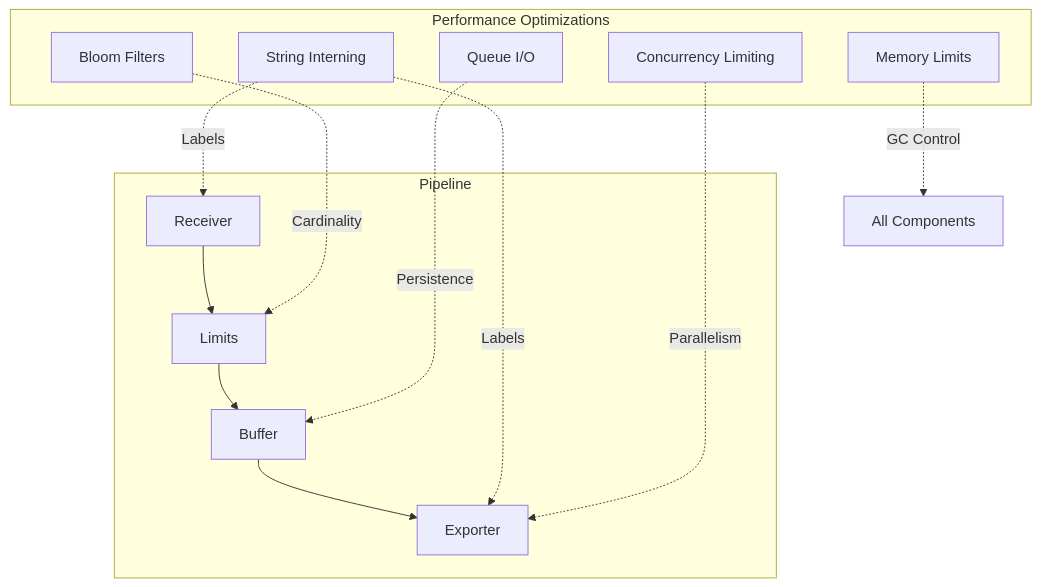
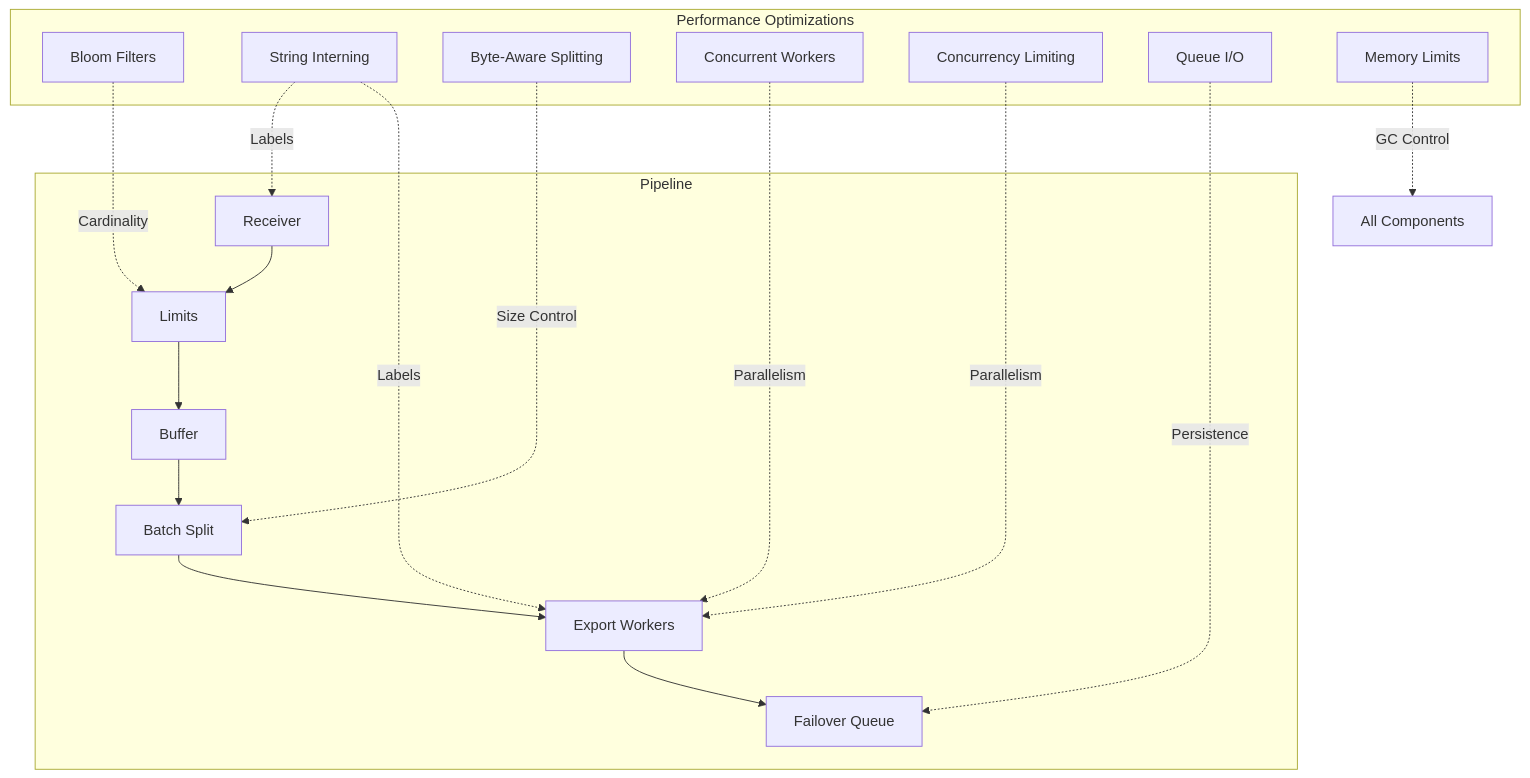
The first of 10 diagrams in docs/performance.md (szibis/metrics-governor), drawn with Mermaid before and after one commit. The commit also changed other lines of this file and 20 other files, not shown here.

First line of the commit message:
feat: byte-aware batch splitting, concurrent exports, failover queue

````diff
--- a/docs/performance.md
+++ b/docs/performance.md
@@ -19,23 +21,29 @@
 ```mermaid
 graph TB
     subgraph "Performance Optimizations"
         BF[Bloom Filters]
         SI[String Interning]
+        BS[Byte-Aware Splitting]
+        CW[Concurrent Workers]
         CL[Concurrency Limiting]
         QIO[Queue I/O]
         ML[Memory Limits]
     end
 
     subgraph "Pipeline"
         RX[Receiver] --> LIM[Limits]
         LIM --> BUF[Buffer]
-        BUF --> EXP[Exporter]
+        BUF --> SPLIT[Batch Split]
+        SPLIT --> EXP[Export Workers]
+        EXP --> FQ[Failover Queue]
     end
 
     BF -.->|Cardinality| LIM
     SI -.->|Labels| RX
     SI -.->|Labels| EXP
+    BS -.->|Size Control| SPLIT
+    CW -.->|Parallelism| EXP
     CL -.->|Parallelism| EXP
-    QIO -.->|Persistence| BUF
+    QIO -.->|Persistence| FQ
     ML -.->|GC Control| ALL[All Components]
 ```
````
